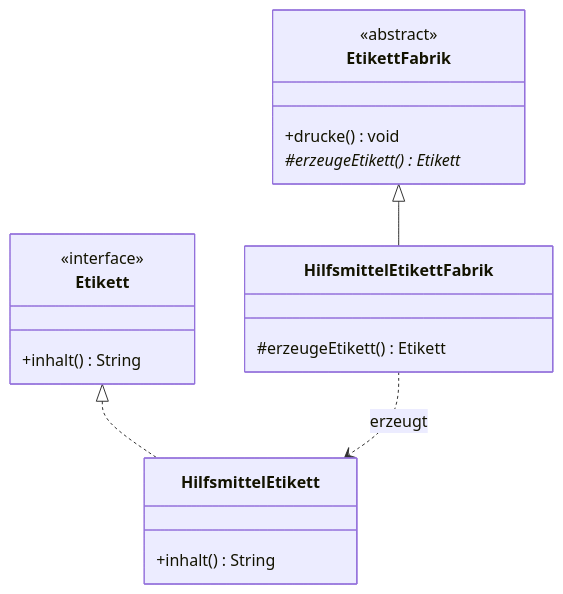
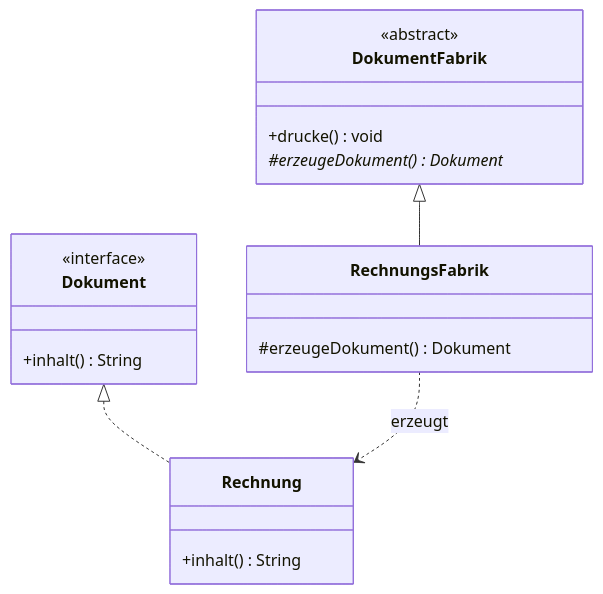
Before and after one commit to Woschj/Fisi_Fiae_Pruefungsvorbereitung: the second of 2 diagrams in AP2/FIAE/10 Lernmodule/1 Planen eines Softwareproduktes/FIAE-4 Objektorientierter Entwurf und Entwurfsmuster.md, drawn with Mermaid. The commit also changed other lines of this file and 17 other files, not shown here.

````diff
--- a/AP2/FIAE/10 Lernmodule/1 Planen eines Softwareproduktes/FIAE-4 Objektorientierter Entwurf und Entwurfsmuster.md
+++ b/AP2/FIAE/10 Lernmodule/1 Planen eines Softwareproduktes/FIAE-4 Objektorientierter Entwurf und Entwurfsmuster.md
@@ -131,21 +131,21 @@
 ```mermaid
 classDiagram
-  class EtikettFabrik {
+  class DokumentFabrik {
     <<abstract>>
     +drucke() void
-    #erzeugeEtikett()* Etikett
+    #erzeugeDokument()* Dokument
   }
-  class HilfsmittelEtikettFabrik {
-    #erzeugeEtikett() Etikett
+  class RechnungsFabrik {
+    #erzeugeDokument() Dokument
   }
-  class Etikett {
+  class Dokument {
     <<interface>>
     +inhalt() String
   }
-  class HilfsmittelEtikett {
+  class Rechnung {
     +inhalt() String
   }
-  EtikettFabrik <|-- HilfsmittelEtikettFabrik
-  Etikett <|.. HilfsmittelEtikett
-  HilfsmittelEtikettFabrik ..> HilfsmittelEtikett : erzeugt
+  DokumentFabrik <|-- RechnungsFabrik
+  Dokument <|.. Rechnung
+  RechnungsFabrik ..> Rechnung : erzeugt
 ```
````
